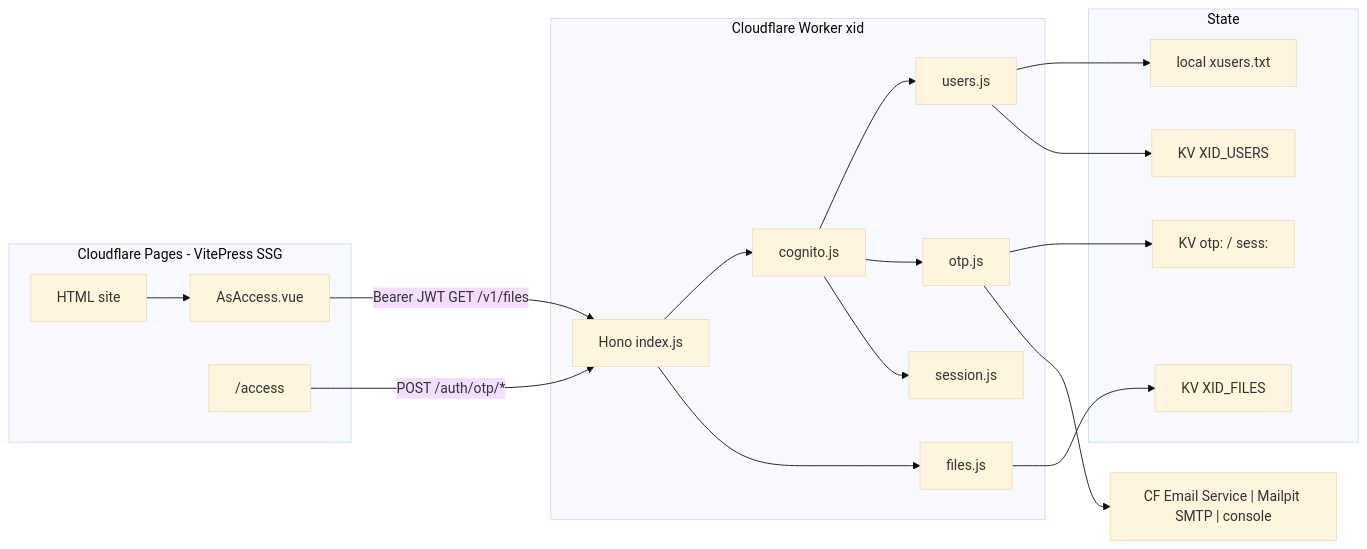
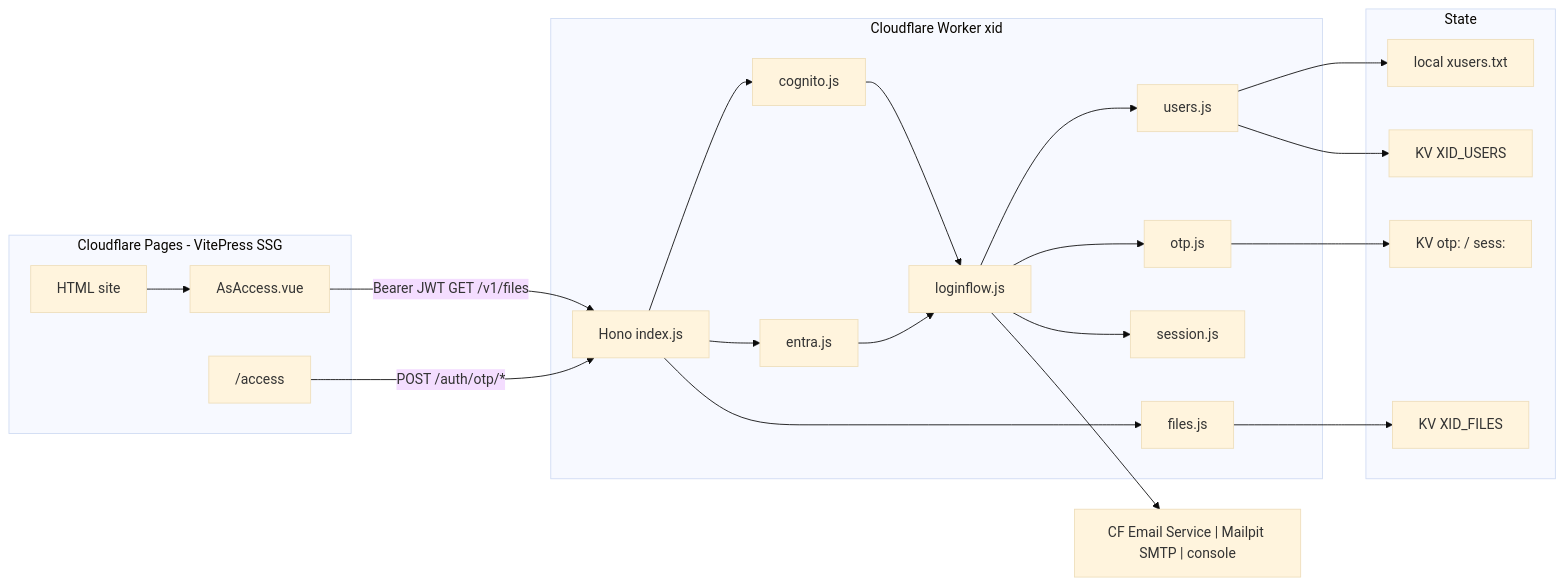
One commit to kaesar/onmind-xid changed the first of 3 diagrams in README.md. Above: the diagram before and after it, drawn with Mermaid (base theme). The commit also changed other lines of this file and 7 other files, not shown here.

Commit message:
v0.6.0 Cognito refresh tokens included (single use, rotation, revoked on logout). Shared login flow module for Cognito & Entra ID style. New smoke checks/tests. OnMind-CUI updated.

````diff
--- a/README.md
+++ b/README.md
@@ -40,36 +40,41 @@
 ```mermaid
 flowchart LR
   subgraph pages [Cloudflare Pages - VitePress SSG]
     Site[HTML site]
     AsAccess[AsAccess.vue]
     Access["/access"]
   end
   subgraph worker [Cloudflare Worker xid]
     Hono[Hono index.js]
     Cog[cognito.js]
+    Entra[entra.js]
+    Flow[loginflow.js]
     Users[users.js]
     OTP[otp.js]
     Files[files.js]
     Sess[session.js]
   end
   subgraph store [State]
     Txt[local xusers.txt]
     KVU[KV XID_USERS]
     KVO["KV otp: / sess:"]
     KVF[KV XID_FILES]
   end
   Mail["CF Email Service | Mailpit SMTP | console"]
   Site --> AsAccess
   Access -->|POST /auth/otp/*| Hono
   AsAccess -->|Bearer JWT GET /v1/files| Hono
   Hono --> Cog
+  Hono --> Entra
   Hono --> Files
-  Cog --> Users
-  Cog --> OTP
-  Cog --> Sess
+  Cog --> Flow
+  Entra --> Flow
+  Flow --> Users
+  Flow --> OTP
+  Flow --> Sess
+  Flow --> Mail
   Users --> Txt
   Users --> KVU
   OTP --> KVO
-  OTP --> Mail
   Files --> KVF
 ```
````
